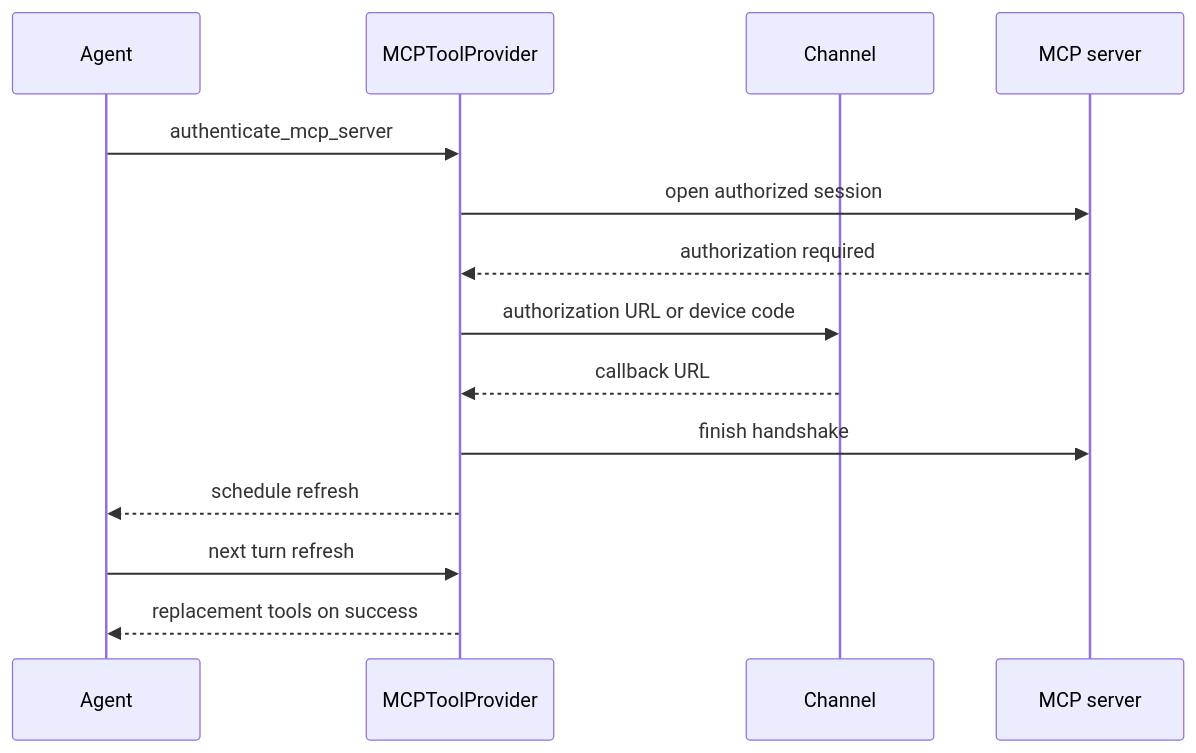
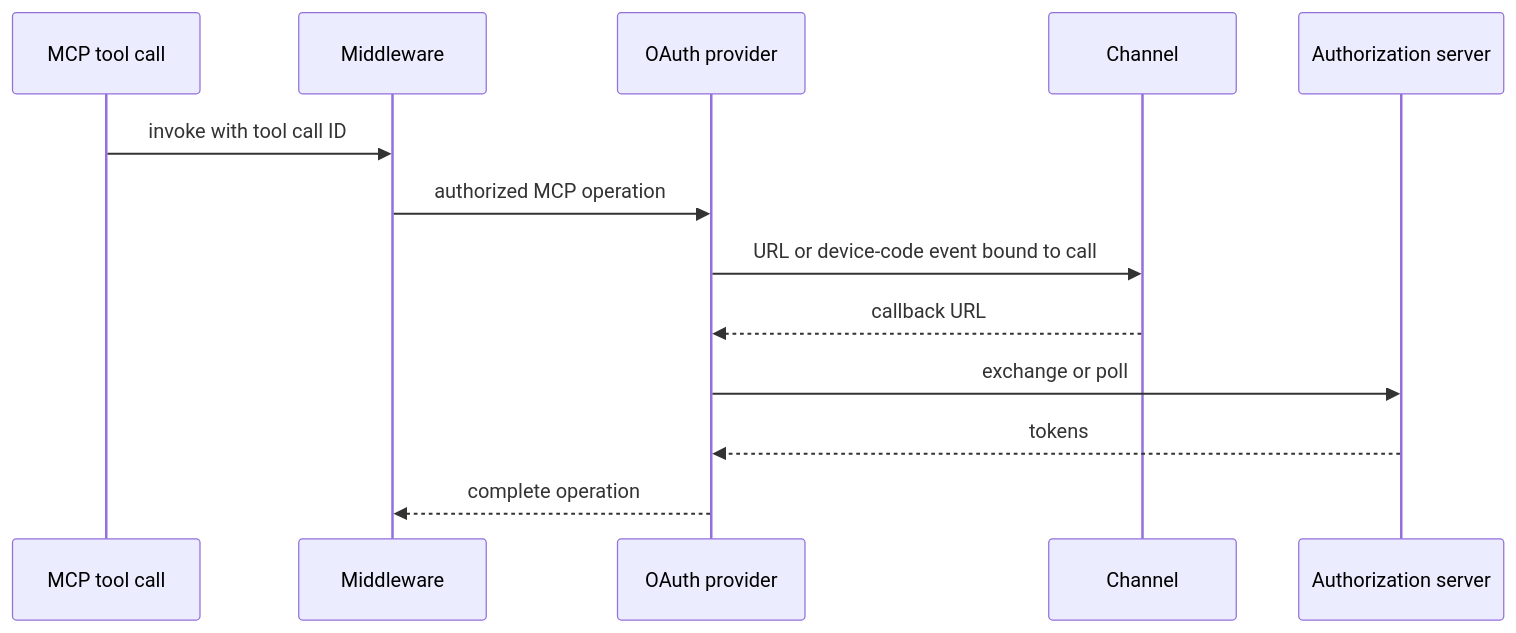
The second of 2 diagrams in openwiki/integrations/mcp.md (langchain-ai/deepagents), drawn with Mermaid before and after one commit. The commit also changed other lines of this file and 27 other files, not shown here.

````diff
--- a/openwiki/integrations/mcp.md
+++ b/openwiki/integrations/mcp.md
@@ -195,16 +74,15 @@
 ```mermaid
 sequenceDiagram
-    participant Agent
-    participant Provider as MCPToolProvider
+    participant Tool as MCP tool call
+    participant Middleware
+    participant Provider as OAuth provider
     participant Channel
-    participant Remote as MCP server
-    Agent->>Provider: authenticate_mcp_server
-    Provider->>Remote: open authorized session
-    Remote-->>Provider: authorization required
-    Provider->>Channel: authorization URL or device code
+    participant Auth as Authorization server
+    Tool->>Middleware: invoke with tool call ID
+    Middleware->>Provider: authorized MCP operation
+    Provider->>Channel: URL or device-code event bound to call
     Channel-->>Provider: callback URL
-    Provider->>Remote: finish handshake
-    Provider-->>Agent: schedule refresh
-    Agent->>Provider: next turn refresh
-    Provider-->>Agent: replacement tools on success
+    Provider->>Auth: exchange or poll
+    Auth-->>Provider: tokens
+    Provider-->>Middleware: complete operation
 ```
````
